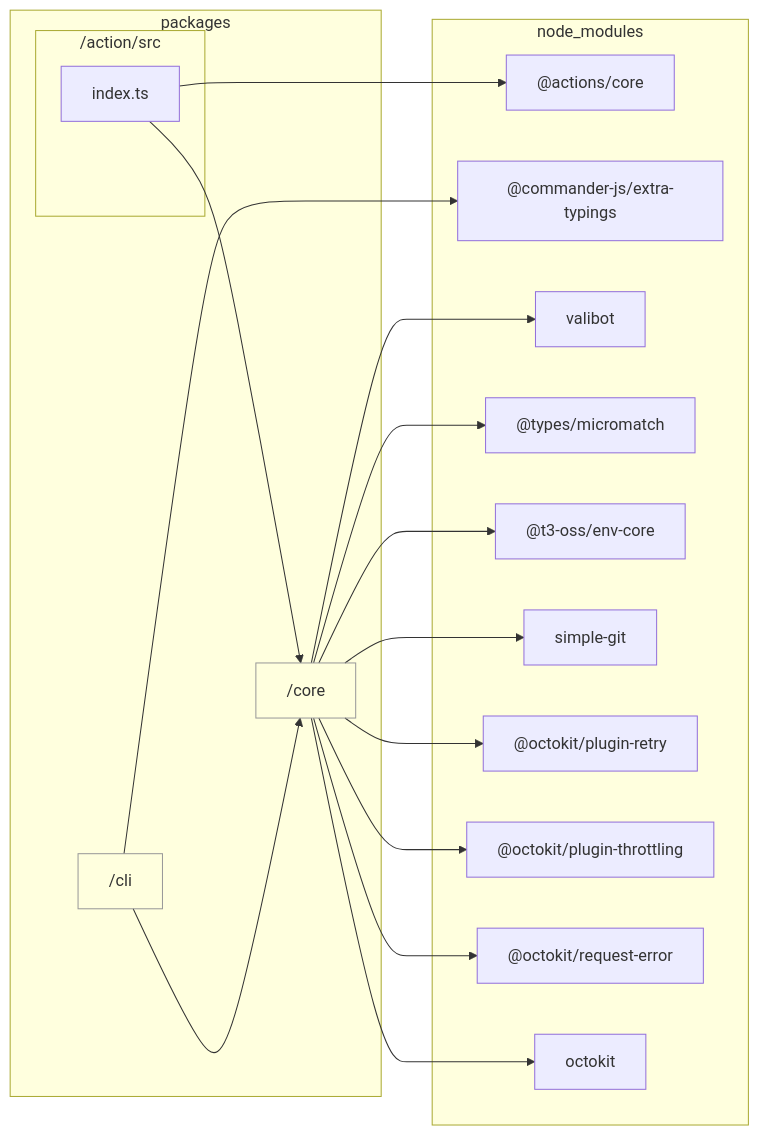
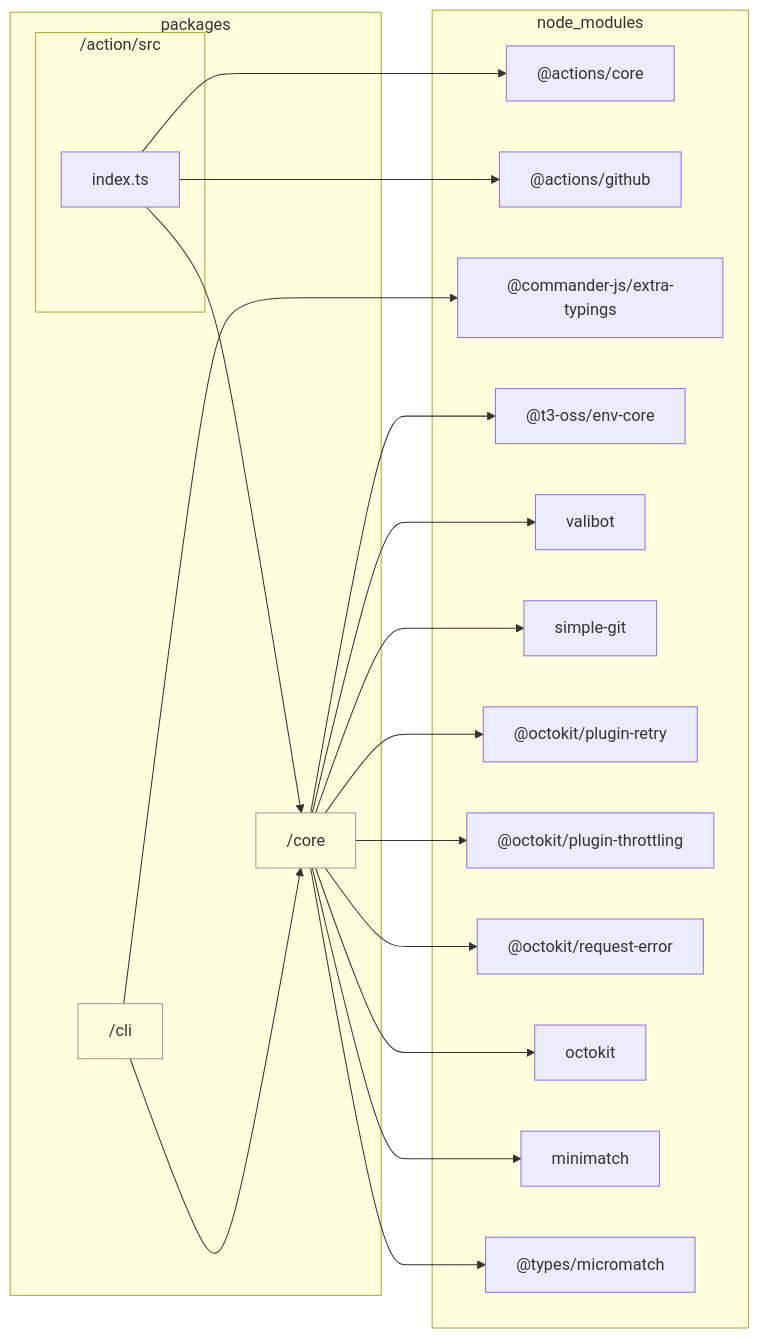
Before and after one commit to sugurutakahashi-1234/issue-linker: the diagram in docs/reports/dependencies/action.md, drawn with Mermaid. The commit also changed 27 other files, not shown here.

````diff
--- a/docs/reports/dependencies/action.md
+++ b/docs/reports/dependencies/action.md
@@ -7,35 +7,39 @@
 ```mermaid
 flowchart LR
     classDef dir fill:#0000,stroke:#999
     subgraph packages["packages"]
         packages/core["/core"]:::dir
         packages/cli["/cli"]:::dir
         subgraph packages/action/src["/action/src"]
             packages/action/src/index.ts["index.ts"]
         end
     end
     subgraph node//modules["node_modules"]
         node//modules///actions/core/lib/core.d.ts["@actions/core"]
+        node//modules///actions/github/lib/github.d.ts["@actions/github"]
         node//modules///commander//js/extra//typings/index.d.ts["@commander-js/extra-typings"]
+        node//modules///t3//oss/env//core/dist/index.d.ts["@t3-oss/env-core"]
         node//modules/valibot/dist/index.d.cts["valibot"]
-        node//modules///types/micromatch/index.d.ts["@types/micromatch"]
-        node//modules///t3//oss/env//core/dist/index.d.ts["@t3-oss/env-core"]
         node//modules/simple//git/dist/typings/index.d.ts["simple-git"]
         node//modules///octokit/plugin//retry/dist//types/index.d.ts["@octokit/plugin-retry"]
         node//modules///octokit/plugin//throttling/dist//types/index.d.ts["@octokit/plugin-throttling"]
         node//modules///octokit/request//error/dist//types/index.d.ts["@octokit/request-error"]
         node//modules/octokit/dist//types/index.d.ts["octokit"]
+        node//modules/minimatch/dist/commonjs/index.d.ts["minimatch"]
+        node//modules///types/micromatch/index.d.ts["@types/micromatch"]
     end
     packages/action/src/index.ts-->node//modules///actions/core/lib/core.d.ts
+    packages/action/src/index.ts-->node//modules///actions/github/lib/github.d.ts
     packages/action/src/index.ts-->packages/core
     packages/cli-->node//modules///commander//js/extra//typings/index.d.ts
     packages/cli-->packages/core
+    packages/core-->node//modules///t3//oss/env//core/dist/index.d.ts
     packages/core-->node//modules/valibot/dist/index.d.cts
-    packages/core-->node//modules///types/micromatch/index.d.ts
-    packages/core-->node//modules///t3//oss/env//core/dist/index.d.ts
     packages/core-->node//modules/simple//git/dist/typings/index.d.ts
     packages/core-->node//modules///octokit/plugin//retry/dist//types/index.d.ts
     packages/core-->node//modules///octokit/plugin//throttling/dist//types/index.d.ts
     packages/core-->node//modules///octokit/request//error/dist//types/index.d.ts
     packages/core-->node//modules/octokit/dist//types/index.d.ts
+    packages/core-->node//modules/minimatch/dist/commonjs/index.d.ts
+    packages/core-->node//modules///types/micromatch/index.d.ts
 ```
````
